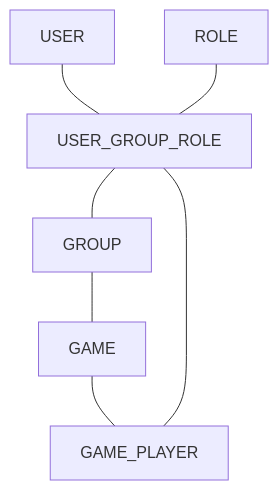
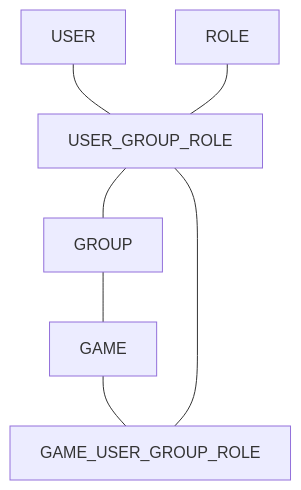
Before and after one commit to MichaelM9/5-A-Side-Organiser: the first of 2 diagrams in README.md, drawn with Mermaid. The commit also changed other lines of this file, not shown here.

Commit message:
Refactor game_user_group_role table

````diff
--- a/README.md
+++ b/README.md
@@ -37,9 +37,9 @@
 ```mermaid
 flowchart
 USER --- USER_GROUP_ROLE
 ROLE --- USER_GROUP_ROLE
 USER_GROUP_ROLE --- GROUP
 GROUP --- GAME
-GAME --- GAME_PLAYER
-USER_GROUP_ROLE --- GAME_PLAYER
+GAME --- GAME_USER_GROUP_ROLE
+USER_GROUP_ROLE --- GAME_USER_GROUP_ROLE
 ```
````
